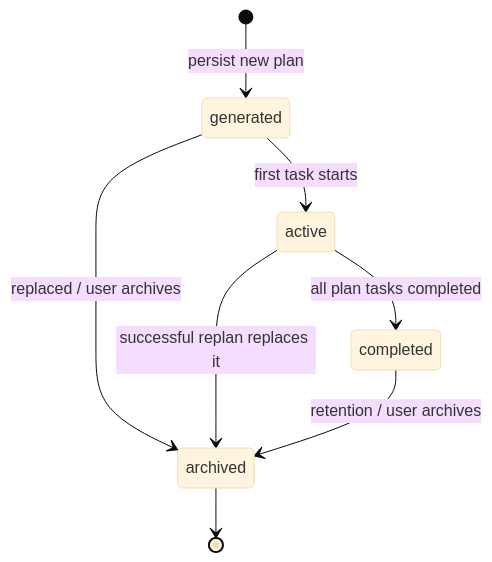
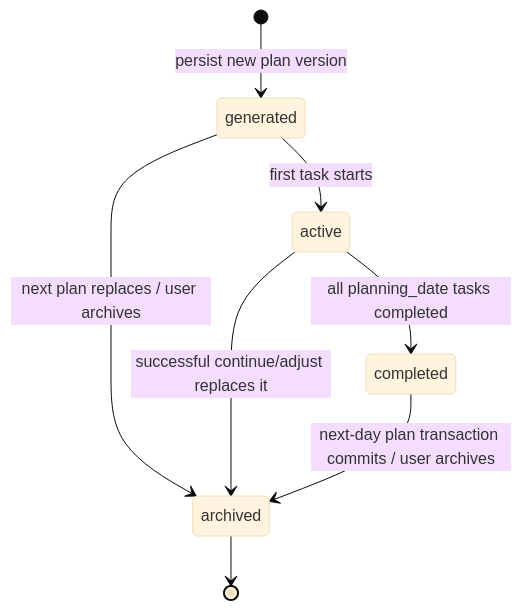
One commit to lyyjsr/career-planning-buddy changed the diagram in docs/model-design/state-machines/plan-status.mmd. Above: the diagram before and after it, drawn with Mermaid (base theme). The commit also changed other lines of this file and 73 other files, not shown here.

````diff
--- a/docs/model-design/state-machines/plan-status.mmd
+++ b/docs/model-design/state-machines/plan-status.mmd
@@ -3,10 +5,10 @@
 ```mermaid
 stateDiagram-v2
-    [*] --> generated: persist new plan
+    [*] --> generated: persist new plan version
     generated --> active: first task starts
-    generated --> archived: replaced / user archives
-    active --> completed: all plan tasks completed
-    active --> archived: successful replan replaces it
-    completed --> archived: retention / user archives
+    generated --> archived: next plan replaces / user archives
+    active --> completed: all planning_date tasks completed
+    active --> archived: successful continue/adjust replaces it
+    completed --> archived: next-day plan transaction commits / user archives
     archived --> [*]
 ```
````
